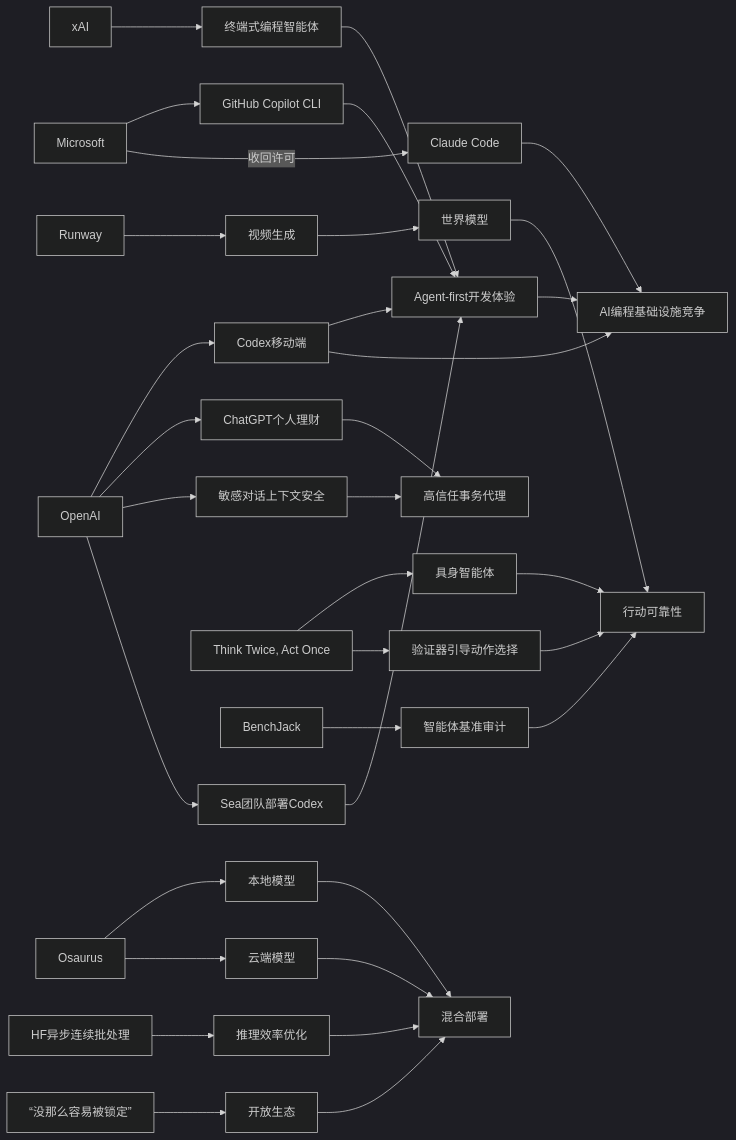
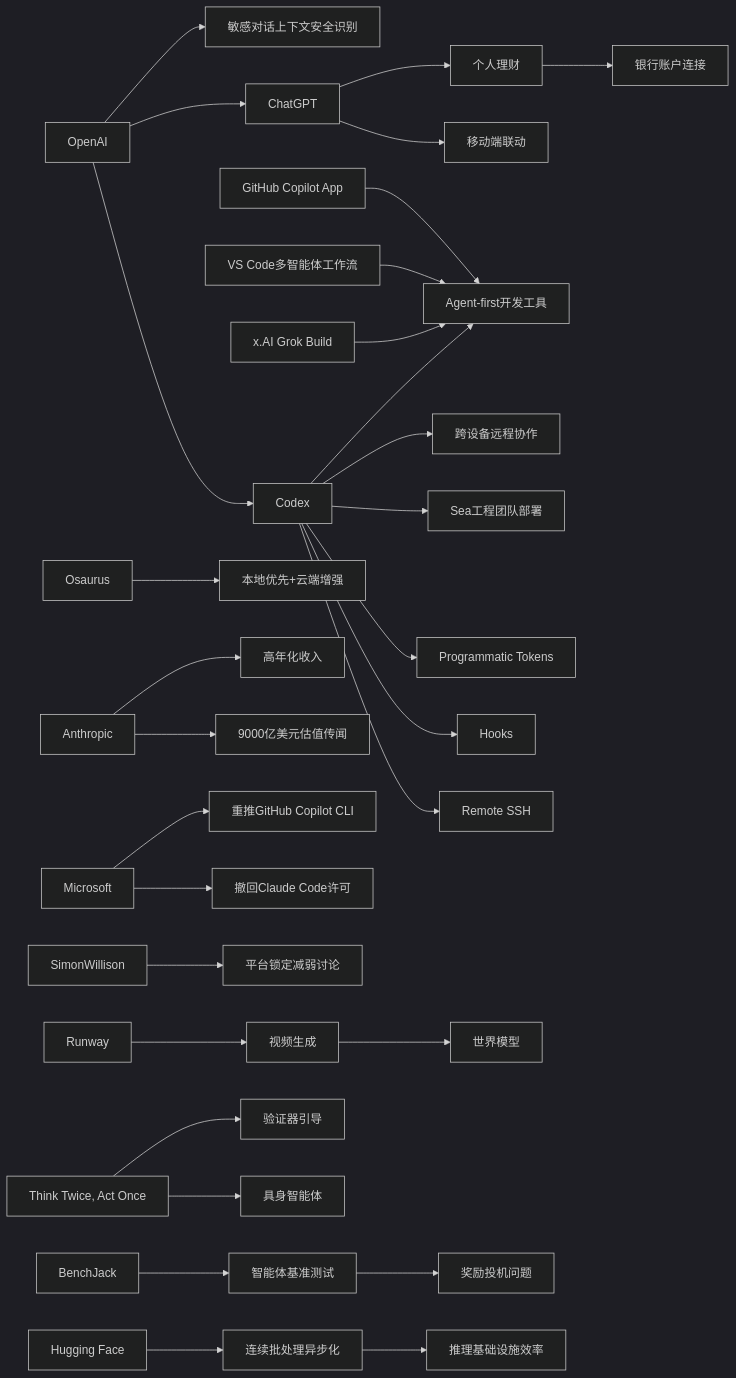
One commit to zhuxinfei/ai-daily-site changed the diagram in content/cn/2026/2026-05/2026-05-15.md. Above: the diagram before and after it, drawn with Mermaid (dark theme). The commit also changed other lines of this file, not shown here.

````diff
--- a/content/cn/2026/2026-05/2026-05-15.md
+++ b/content/cn/2026/2026-05/2026-05-15.md
@@ -110,41 +110,37 @@
 ```mermaid
 graph LR
-    OpenAI --> CodexMobile[Codex移动端]
-    OpenAI --> Finance[ChatGPT个人理财]
-    OpenAI --> Safety[敏感对话上下文安全]
-    OpenAI --> Sea[Sea团队部署Codex]
+    OpenAI --> Codex
+    OpenAI --> ChatGPT
+    ChatGPT --> MobileApp[移动端联动]
+    Codex --> RemoteSSH[Remote SSH]
+    Codex --> Hooks[Hooks]
+    Codex --> Tokens[Programmatic Tokens]
+    Codex --> Sea[Sea工程团队部署]
+    Codex --> CrossDevice[跨设备远程协作]
 
-    CodexMobile --> AgentDev[Agent-first开发体验]
-    Sea --> AgentDev
-    xAI --> GrokBuild[终端式编程智能体]
-    Microsoft --> CopilotCLI[GitHub Copilot CLI]
-    Microsoft -->|收回许可| ClaudeCode[Claude Code]
-    GrokBuild --> AgentDev
-    CopilotCLI --> AgentDev
+    GitHubCopilot[GitHub Copilot App] --> AgentFirst[Agent-first开发工具]
+    VSCode[VS Code多智能体工作流] --> AgentFirst
+    GrokBuild[x.AI Grok Build] --> AgentFirst
+    Codex --> AgentFirst
 
-    AgentDev --> DevInfra[AI编程基础设施竞争]
-    ClaudeCode --> DevInfra
-    CodexMobile --> DevInfra
+    ChatGPT --> PersonalFinance[个人理财]
+    PersonalFinance --> BankData[银行账户连接]
+    OpenAI --> Safety[敏感对话上下文安全识别]
+    Osaurus --> HybridAI[本地优先+云端增强]
+
+    Anthropic --> Valuation[9000亿美元估值传闻]
+    Anthropic --> Revenue[高年化收入]
+    Microsoft --> ClaudeCode[撤回Claude Code许可]
+    Microsoft --> CopilotCLI[重推GitHub Copilot CLI]
+    SimonWillison --> LockIn[平台锁定减弱讨论]
 
     Runway --> VideoGen[视频生成]
-    VideoGen --> WorldModel[世界模型]
+    VideoGen --> WorldModels[世界模型]
     ThinkTwice[Think Twice, Act Once] --> EmbodiedAI[具身智能体]
-    ThinkTwice --> Verifier[验证器引导动作选择]
-    BenchJack --> Eval[智能体基准审计]
-    Verifier --> Reliability[行动可靠性]
-    Eval --> Reliability
-    WorldModel --> Reliability
-    EmbodiedAI --> Reliability
+    ThinkTwice --> Verifier[验证器引导]
+    BenchJack --> Benchmarks[智能体基准测试]
+    Benchmarks --> RewardHacking[奖励投机问题]
 
-    Osaurus --> LocalModel[本地模型]
-    Osaurus --> CloudModel[云端模型]
-    HFAsync[HF异步连续批处理] --> Inference[推理效率优化]
-    Simon[“没那么容易被锁定”] --> OpenEcosystem[开放生态]
-    LocalModel --> Hybrid[混合部署]
-    CloudModel --> Hybrid
-    Inference --> Hybrid
-    OpenEcosystem --> Hybrid
-
-    Finance --> TrustAI[高信任事务代理]
-    Safety --> TrustAI
+    HF[Hugging Face] --> ContinuousBatching[连续批处理异步化]
+    ContinuousBatching --> InferenceInfra[推理基础设施效率]
 ```
````
